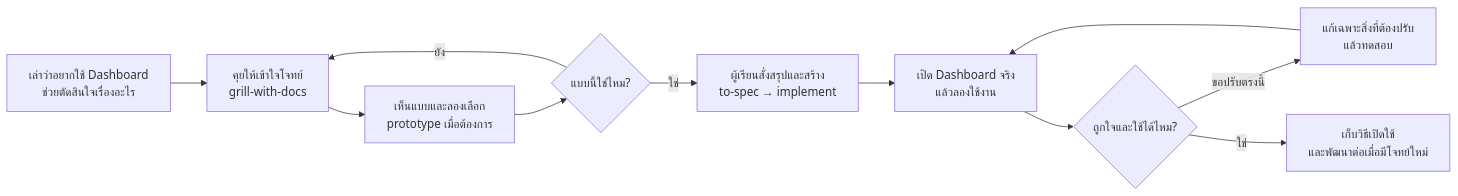
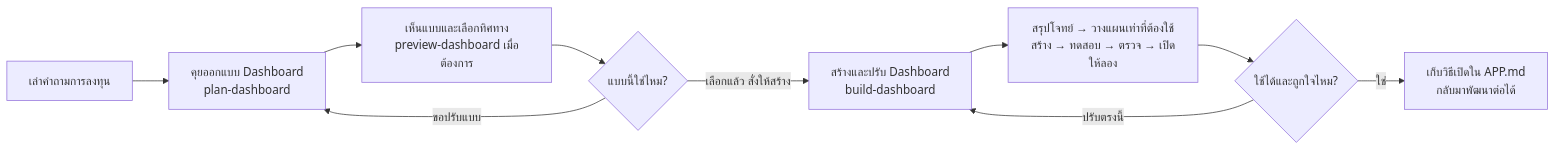
The diagram in docs/workflow.md (nutdnuy/efin-dashboard-starter), drawn with Mermaid before and after one commit. The commit also changed other lines of this file and 101 other files, not shown here.

````diff
--- a/docs/workflow.md
+++ b/docs/workflow.md
@@ -3,13 +3,12 @@
 ```mermaid
 flowchart LR
-  A["เล่าว่าอยากใช้ Dashboard\nช่วยตัดสินใจเรื่องอะไร"] --> B["คุยให้เข้าใจโจทย์\ngrill-with-docs"]
-  B --> C["เห็นแบบและลองเลือก\nprototype เมื่อต้องการ"]
+  A["เล่าคำถามการลงทุน"] --> B["คุยออกแบบ Dashboard<br/>plan-dashboard"]
+  B --> C["เห็นแบบและเลือกทิศทาง<br/>preview-dashboard เมื่อต้องการ"]
   C --> D{"แบบนี้ใช่ไหม?"}
-  D -- "ยัง" --> B
-  D -- "ใช่" --> E["ผู้เรียนสั่งสรุปและสร้าง\nto-spec → implement"]
-  E --> F["เปิด Dashboard จริง\nแล้วลองใช้งาน"]
-  F --> G{"ถูกใจและใช้ได้ไหม?"}
-  G -- "ขอปรับตรงนี้" --> H["แก้เฉพาะสิ่งที่ต้องปรับ\nแล้วทดสอบ"]
-  H --> F
-  G -- "ใช่" --> I["เก็บวิธีเปิดใช้\nและพัฒนาต่อเมื่อมีโจทย์ใหม่"]
+  D -- "ขอปรับแบบ" --> B
+  D -- "เลือกแล้ว สั่งให้สร้าง" --> E["สร้างและปรับ Dashboard<br/>build-dashboard"]
+  E --> F["สรุปโจทย์ → วางแผนเท่าที่ต้องใช้<br/>สร้าง → ทดสอบ → ตรวจ → เปิดให้ลอง"]
+  F --> G{"ใช้ได้และถูกใจไหม?"}
+  G -- "ปรับตรงนี้" --> E
+  G -- "ใช่" --> H["เก็บวิธีเปิดใน APP.md<br/>กลับมาพัฒนาต่อได้"]
 ```
````
